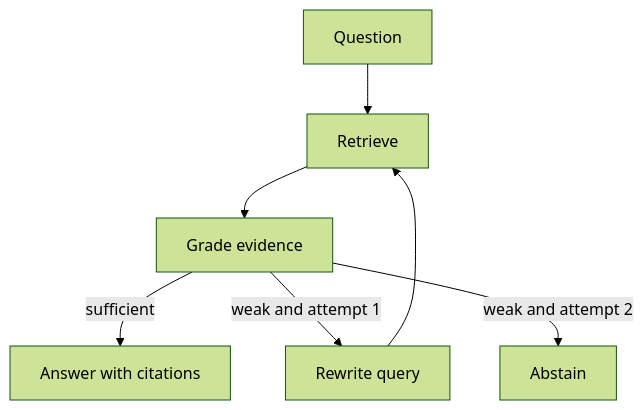
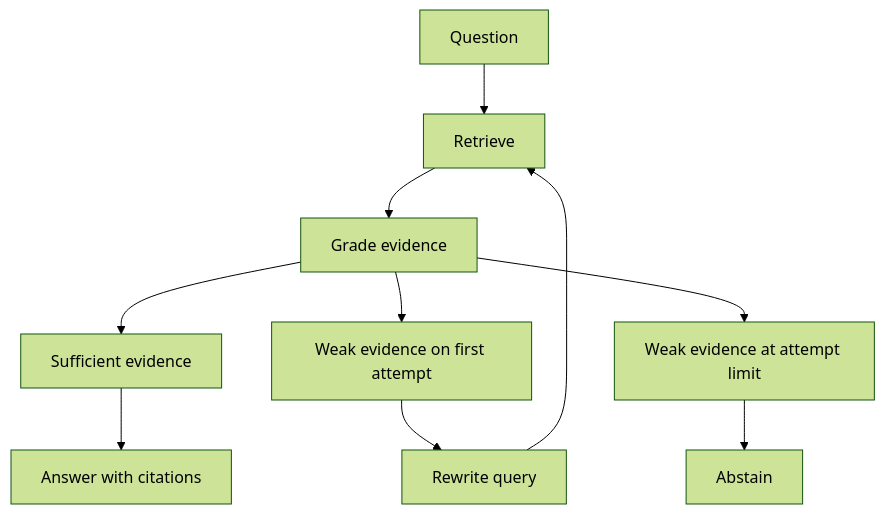
One commit to rajeswarandhandapani/rag-patterns-lab changed the first of 2 diagrams in src/rag_lab/labs/corrective_rag/README.md. Above: the diagram before and after it, drawn with Mermaid (forest theme). The commit also changed other lines of this file and 10 other files, not shown here.

````diff
--- a/src/rag_lab/labs/corrective_rag/README.md
+++ b/src/rag_lab/labs/corrective_rag/README.md
@@ -10,9 +10,12 @@
 ```mermaid
 flowchart TD
-    Q[Question] --> R[Retrieve]
-    R --> G[Grade evidence]
-    G -->|sufficient| A[Answer with citations]
-    G -->|weak and attempt 1| W[Rewrite query]
+    Q["Question"] --> R["Retrieve"]
+    R --> G["Grade evidence"]
+    G --> S["Sufficient evidence"]
+    S --> A["Answer with citations"]
+    G --> F["Weak evidence on first attempt"]
+    F --> W["Rewrite query"]
     W --> R
-    G -->|weak and attempt 2| X[Abstain]
+    G --> L["Weak evidence at attempt limit"]
+    L --> X["Abstain"]
 ```
````
